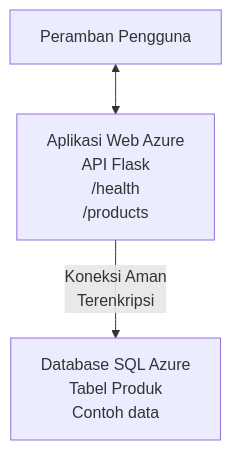
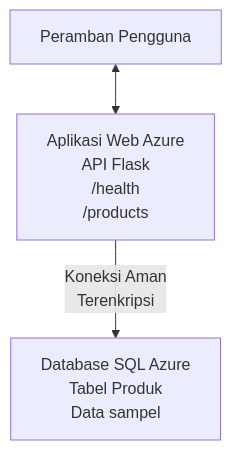
Before and after one commit to microsoft/AZD-for-beginners: the diagram in translations/id/examples/database-app/README.md, drawn with Mermaid. The commit also changed other lines of this file and 104 other files, not shown here.

````diff
--- a/translations/id/examples/database-app/README.md
+++ b/translations/id/examples/database-app/README.md
@@ -72,5 +72,5 @@
 ```mermaid
 graph TD
     Browser[Peramban Pengguna] <--> WebApp[Aplikasi Web Azure<br/>API Flask<br/>/health<br/>/products]
-    WebApp -- Koneksi Aman<br/>Terenkripsi --> SQL[Database SQL Azure<br/>Tabel Produk<br/>Contoh data]
+    WebApp -- Koneksi Aman<br/>Terenkripsi --> SQL[Database SQL Azure<br/>Tabel Produk<br/>Data sampel]
 ```
````
